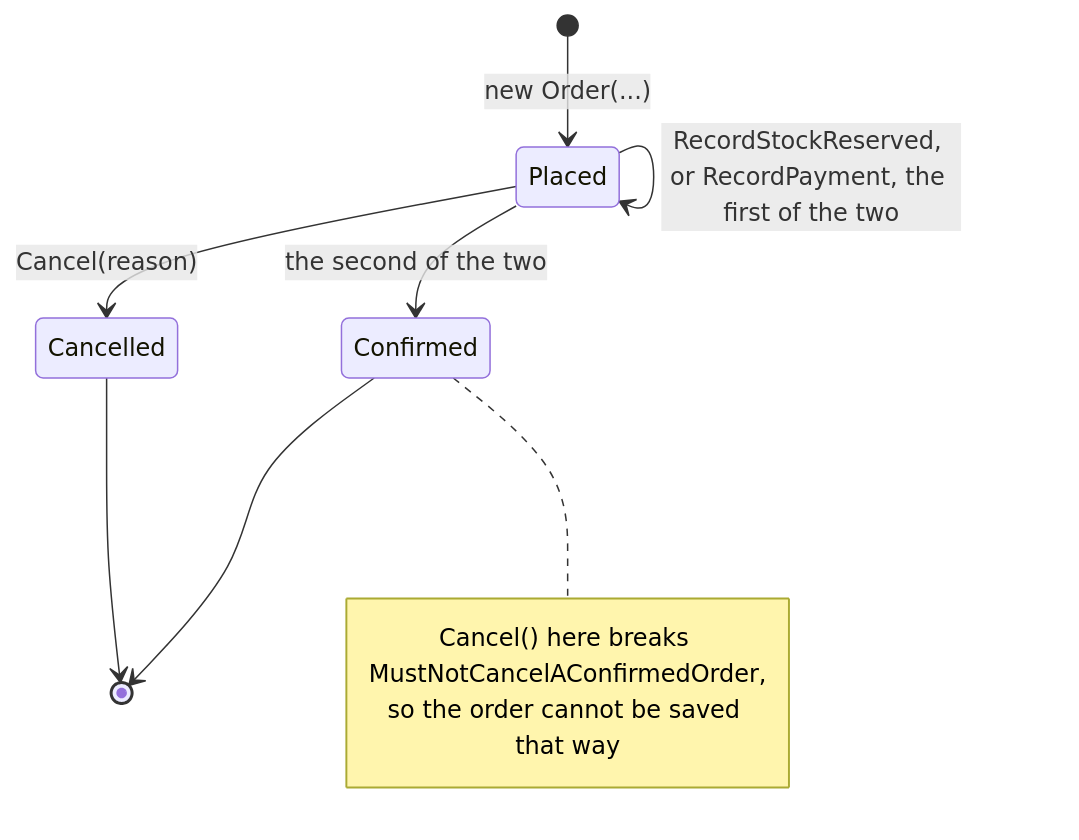
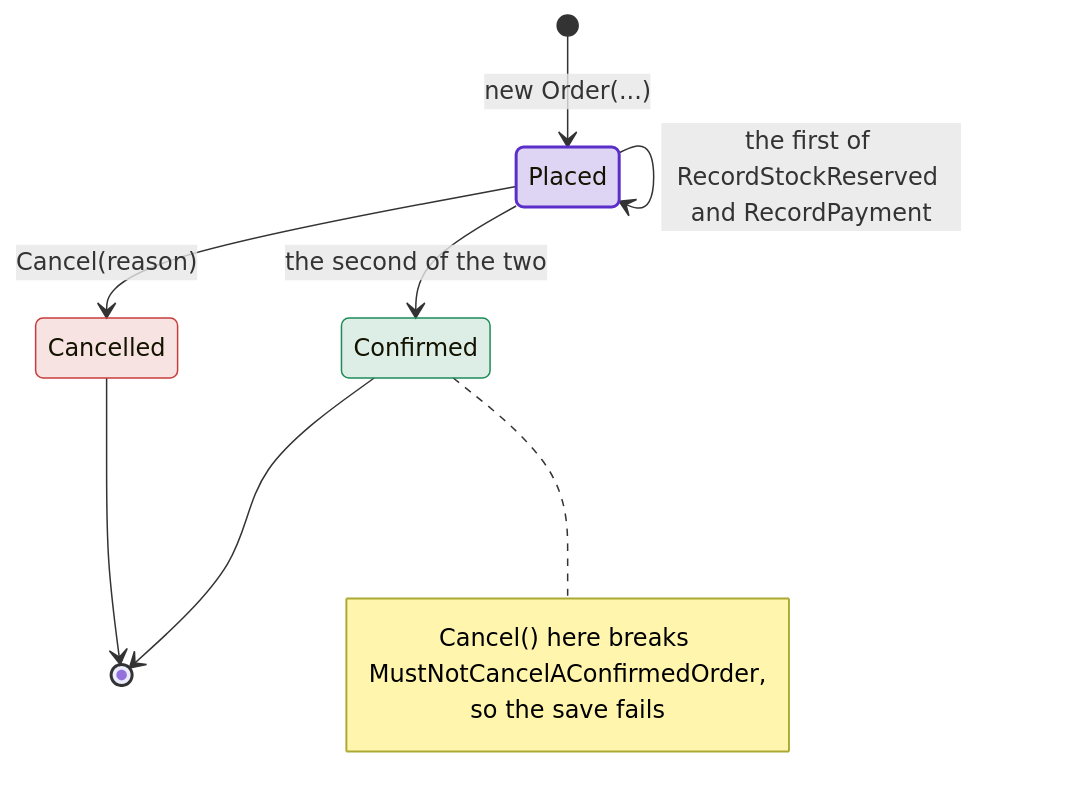
The second of 2 diagrams in docs/getting-started.md (DylanSnel/DDDToolkit), drawn with Mermaid before and after one commit. The commit also changed other lines of this file and 41 other files, not shown here.

First line of the commit message:
Docs: plain prose, one word per concept, and readable diagrams on every page

````diff
--- a/docs/getting-started.md
+++ b/docs/getting-started.md
@@ -688,13 +740,19 @@
 ```mermaid
 stateDiagram-v2
     [*] --> Placed: new Order(...)
-    Placed --> Placed: RecordStockReserved, or RecordPayment, the first of the two
+    Placed --> Placed: the first of RecordStockReserved and RecordPayment
     Placed --> Confirmed: the second of the two
     Placed --> Cancelled: Cancel(reason)
     Confirmed --> [*]
     Cancelled --> [*]
     note right of Confirmed
         Cancel() here breaks MustNotCancelAConfirmedOrder,
-        so the order cannot be saved that way
+        so the save fails
     end note
+    classDef strong fill:#5b2ec933,stroke:#5b2ec9,stroke-width:2px
+    classDef good fill:#1f8a5b26,stroke:#1f8a5b
+    classDef bad fill:#c93c3c24,stroke:#c93c3c
+    class Placed strong
+    class Confirmed good
+    class Cancelled bad
 ```
````
